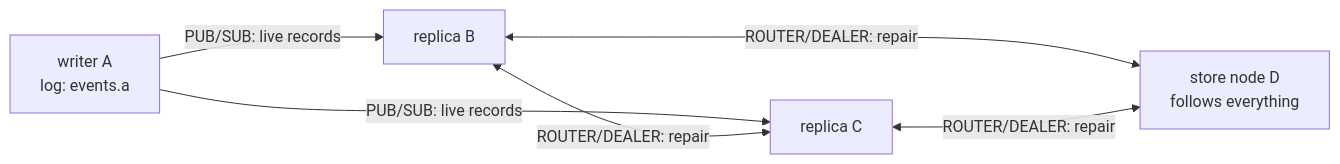
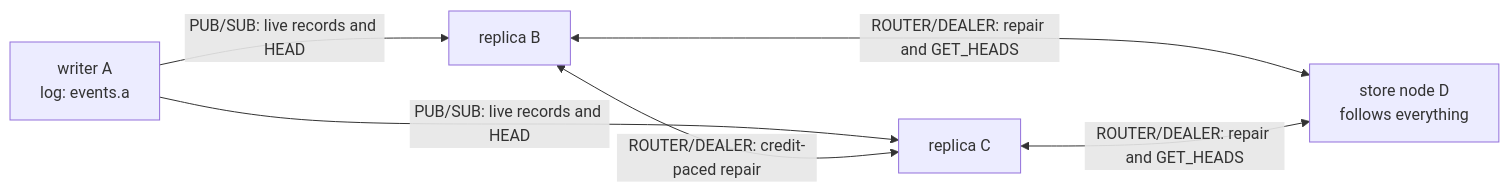
One commit to BHare1985/mosaic changed the third of 4 diagrams in README.md. Above: the diagram before and after it, drawn with Mermaid. The commit also changed other lines of this file and 31 other files, not shown here.

````diff
--- a/README.md
+++ b/README.md
@@ -74,12 +106,12 @@
 ```mermaid
 flowchart LR
     A["writer A<br/>log: events.a"]
     B["replica B"]
     C["replica C"]
     D["store node D<br/>follows everything"]
-    A -->|"PUB/SUB: live records"| B
-    A -->|"PUB/SUB: live records"| C
-    B <-->|"ROUTER/DEALER: repair"| C
-    B <-->|"ROUTER/DEALER: repair"| D
-    C <-->|"ROUTER/DEALER: repair"| D
+    A -->|"PUB/SUB: live records and HEAD"| B
+    A -->|"PUB/SUB: live records and HEAD"| C
+    B <-->|"ROUTER/DEALER: credit-paced repair"| C
+    B <-->|"ROUTER/DEALER: repair and GET_HEADS"| D
+    C <-->|"ROUTER/DEALER: repair and GET_HEADS"| D
 ```
````
